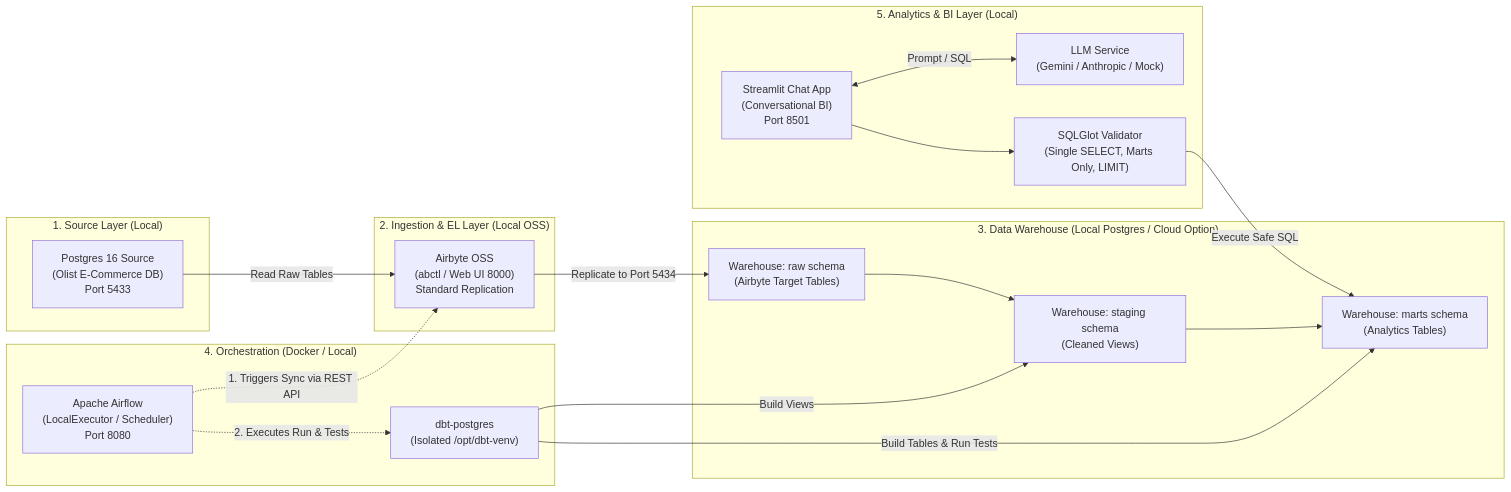
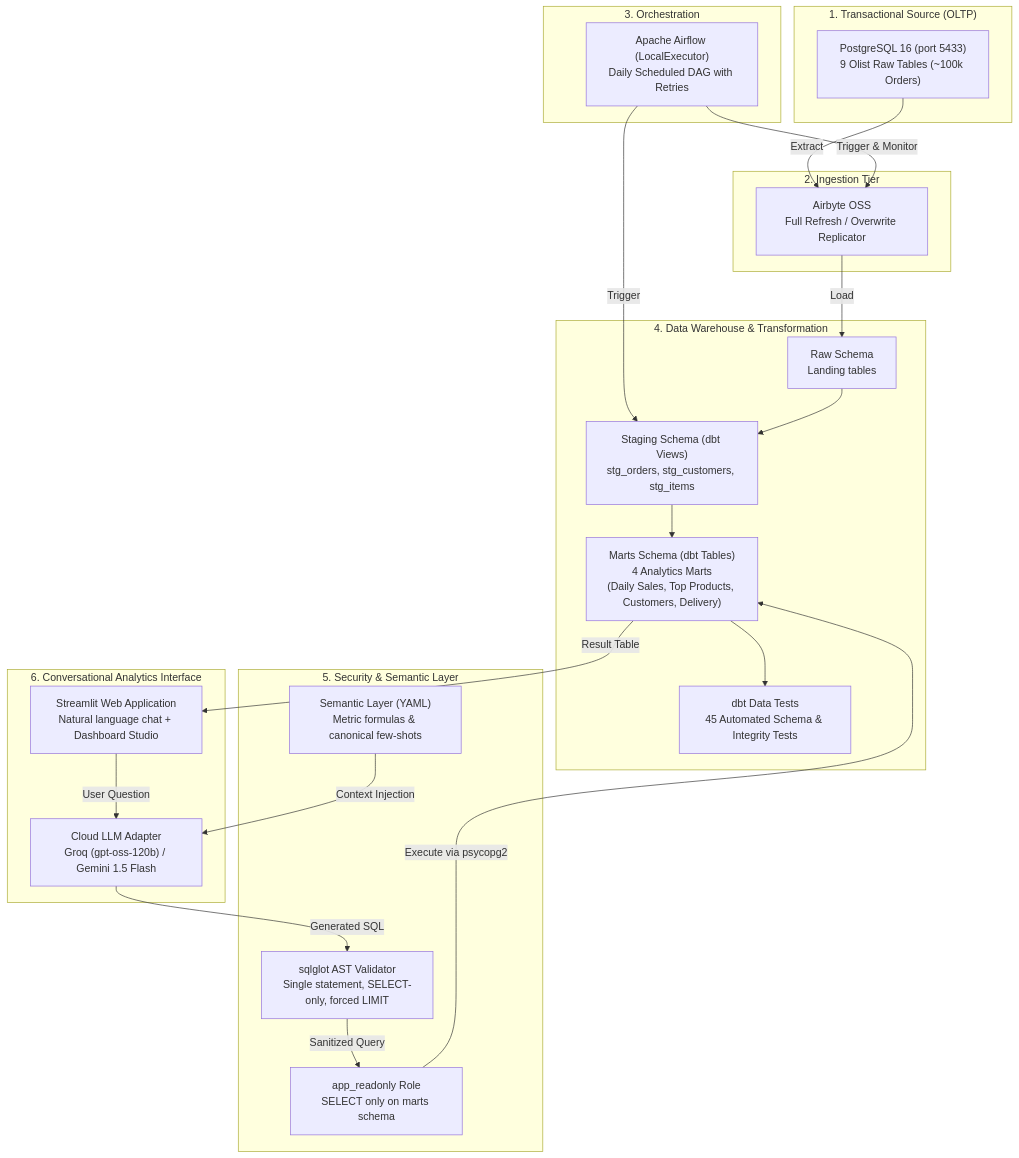
One commit to nikhil645-hit/NexusBI changed the first of 2 diagrams in docs/architecture.md. Above: the diagram before and after it, drawn with Mermaid. The commit also changed other lines of this file and 7 other files, not shown here.

Commit message:
docs: add comprehensive architecture, security, and deployment documentation

````diff
--- a/docs/architecture.md
+++ b/docs/architecture.md
@@ -7,42 +9,46 @@
 ```mermaid
-flowchart LR
-    subgraph S1["1. Source Layer (Local)"]
-        PG["Postgres 16 Source<br/>(Olist E-Commerce DB)<br/>Port 5433"]
+flowchart TD
+    subgraph S1["1. Transactional Source (OLTP)"]
+        A["PostgreSQL 16 (port 5433)<br/>9 Olist Raw Tables (~100k Orders)"]
     end
 
-    subgraph S2["2. Ingestion & EL Layer (Local OSS)"]
-        AB["Airbyte OSS<br/>(abctl / Web UI 8000)<br/>Standard Replication"]
+    subgraph S2["2. Ingestion Tier"]
+        B["Airbyte OSS<br/>Full Refresh / Overwrite Replicator"]
     end
 
-    subgraph S3["3. Data Warehouse (Local Postgres / Cloud Option)"]
-        WH_RAW["Warehouse: raw schema<br/>(Airbyte Target Tables)"]
-        WH_STG["Warehouse: staging schema<br/>(Cleaned Views)"]
-        WH_MARTS["Warehouse: marts schema<br/>(Analytics Tables)"]
-        
-        WH_RAW --> WH_STG
-        WH_STG --> WH_MARTS
+    subgraph S3["3. Orchestration"]
+        C["Apache Airflow (LocalExecutor)<br/>Daily Scheduled DAG with Retries"]
     end
 
-    subgraph S4["4. Orchestration (Docker / Local)"]
-        AF["Apache Airflow<br/>(LocalExecutor / Scheduler)<br/>Port 8080"]
-        DBT["dbt-postgres<br/>(Isolated /opt/dbt-venv)"]
-        
-        AF -.->|"1. Triggers Sync via REST API"| AB
-        AF -.->|"2. Executes Run & Tests"| DBT
+    subgraph S4["4. Data Warehouse & Transformation"]
+        D1["Raw Schema<br/>Landing tables"]
+        D2["Staging Schema (dbt Views)<br/>stg_orders, stg_customers, stg_items"]
+        D3["Marts Schema (dbt Tables)<br/>4 Analytics Marts<br/>(Daily Sales, Top Products, Customers, Delivery)"]
+        D4["dbt Data Tests<br/>45 Automated Schema & Integrity Tests"]
     end
 
-    subgraph S5["5. Analytics & BI Layer (Local)"]
-        ST["Streamlit Chat App<br/>(Conversational BI)<br/>Port 8501"]
-        LLM["LLM Service<br/>(Gemini / Anthropic / Mock)"]
-        VAL["SQLGlot Validator<br/>(Single SELECT, Marts Only, LIMIT)"]
-        
-        ST <-->|"Prompt / SQL"| LLM
-        ST --> VAL
-        VAL -->|"Execute Safe SQL"| WH_MARTS
+    subgraph S5["5. Security & Semantic Layer"]
+        E1["Semantic Layer (YAML)<br/>Metric formulas & canonical few-shots"]
+        E2["sqlglot AST Validator<br/>Single statement, SELECT-only, forced LIMIT"]
+        E3["app_readonly Role<br/>SELECT only on marts schema"]
     end
 
-    PG -->|"Read Raw Tables"| AB
-    AB -->|"Replicate to Port 5434"| WH_RAW
-    DBT -->|"Build Views"| WH_STG
-    DBT -->|"Build Tables & Run Tests"| WH_MARTS
+    subgraph S6["6. Conversational Analytics Interface"]
+        F1["Streamlit Web Application<br/>Natural language chat + Dashboard Studio"]
+        F2["Cloud LLM Adapter<br/>Groq (gpt-oss-120b) / Gemini 1.5 Flash"]
+    end
+
+    A -->|Extract| B
+    B -->|Load| D1
+    C -->|Trigger & Monitor| B
+    C -->|Trigger| D2
+    D1 --> D2
+    D2 --> D3
+    D3 --> D4
+    F1 -->|User Question| F2
+    E1 -->|Context Injection| F2
+    F2 -->|Generated SQL| E2
+    E2 -->|Sanitized Query| E3
+    E3 -->|Execute via psycopg2| D3
+    D3 -->|Result Table| F1
 ```
````
